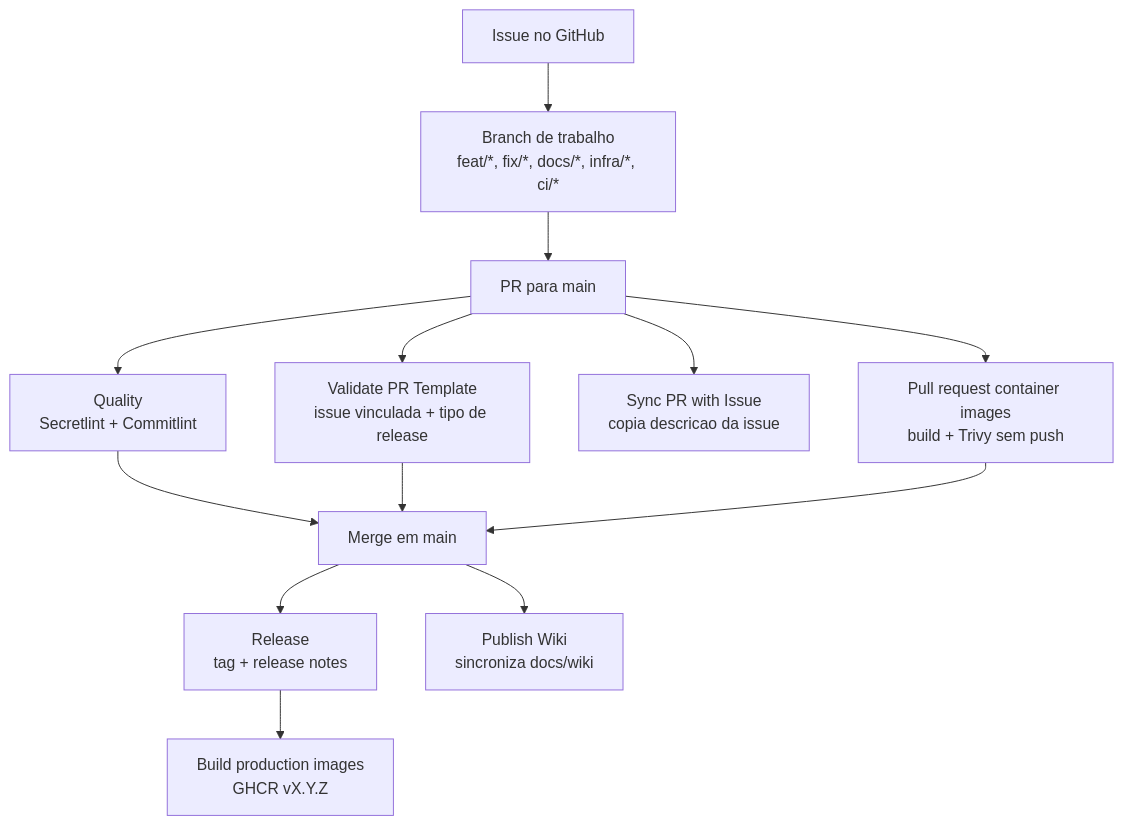
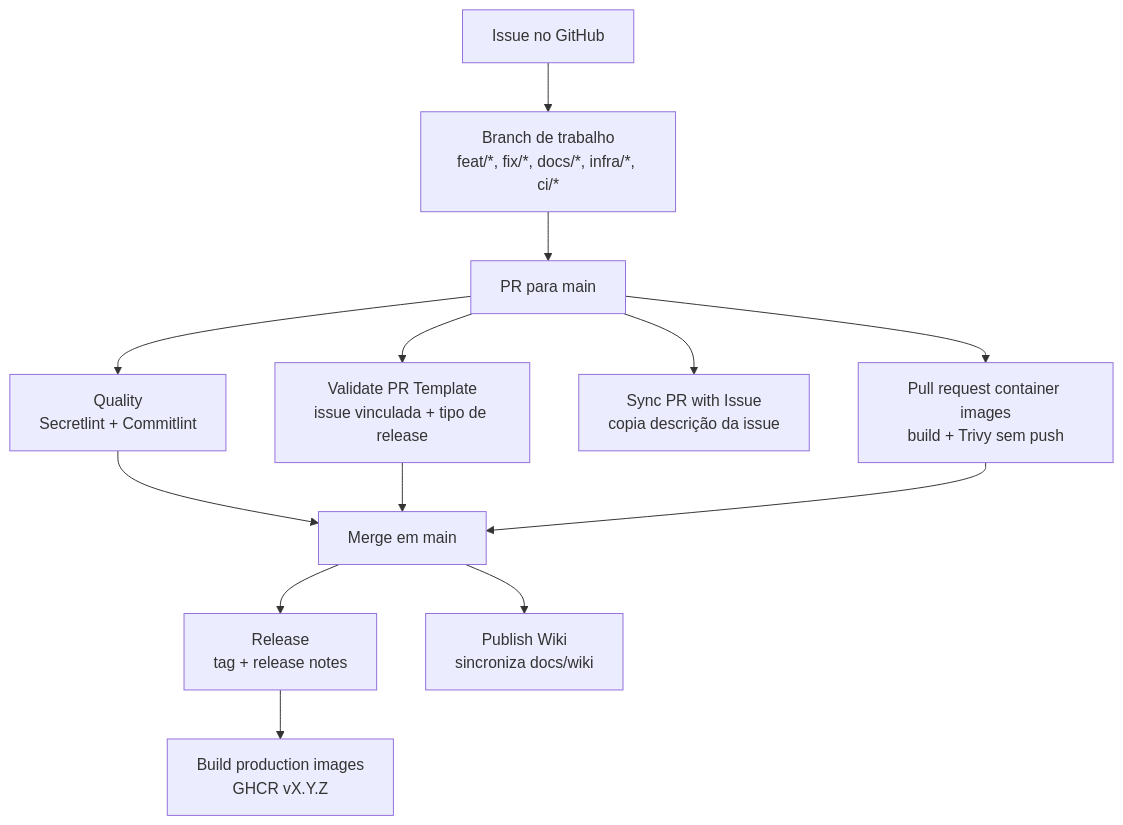
Before and after one commit to ifpebj-ti/inventario-patrimonio-cces: the first of 3 diagrams in docs/wiki/Esteira-de-CI-CD.md, drawn with Mermaid. The commit also changed other lines of this file and 22 other files, not shown here.

````diff
--- a/docs/wiki/Esteira-de-CI-CD.md
+++ b/docs/wiki/Esteira-de-CI-CD.md
@@ -7,26 +7,26 @@
 ```mermaid
 flowchart TD
     issue["Issue no GitHub"]
     branch["Branch de trabalho<br/>feat/*, fix/*, docs/*, infra/*, ci/*"]
     pr["PR para main"]
     quality["Quality<br/>Secretlint + Commitlint"]
     prtemplate["Validate PR Template<br/>issue vinculada + tipo de release"]
-    syncissue["Sync PR with Issue<br/>copia descricao da issue"]
+    syncissue["Sync PR with Issue<br/>copia descrição da issue"]
     images["Pull request container images<br/>build + Trivy sem push"]
     merge["Merge em main"]
     release["Release<br/>tag + release notes"]
     prodImages["Build production images<br/>GHCR vX.Y.Z"]
     wiki["Publish Wiki<br/>sincroniza docs/wiki"]
 
     issue --> branch --> pr
     pr --> quality
     pr --> prtemplate
     pr --> syncissue
     pr --> images
     quality --> merge
     prtemplate --> merge
     images --> merge
     merge --> release
     merge --> wiki
     release --> prodImages
 ```
````
